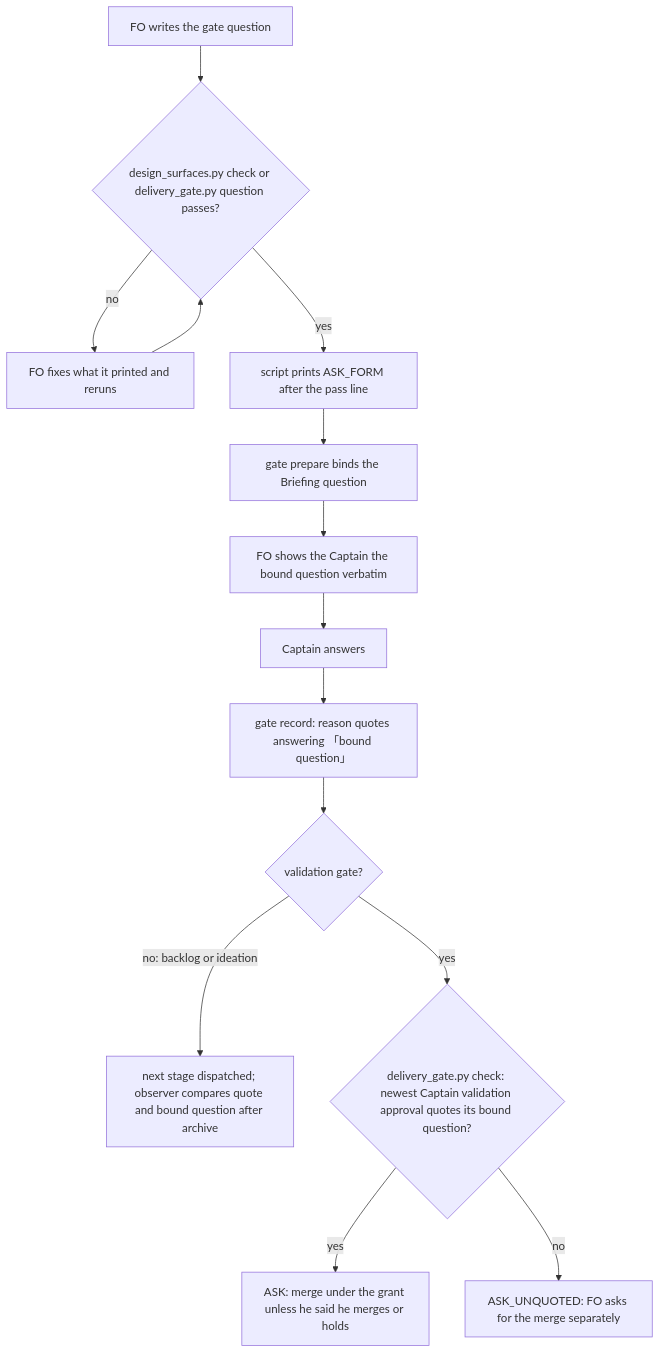
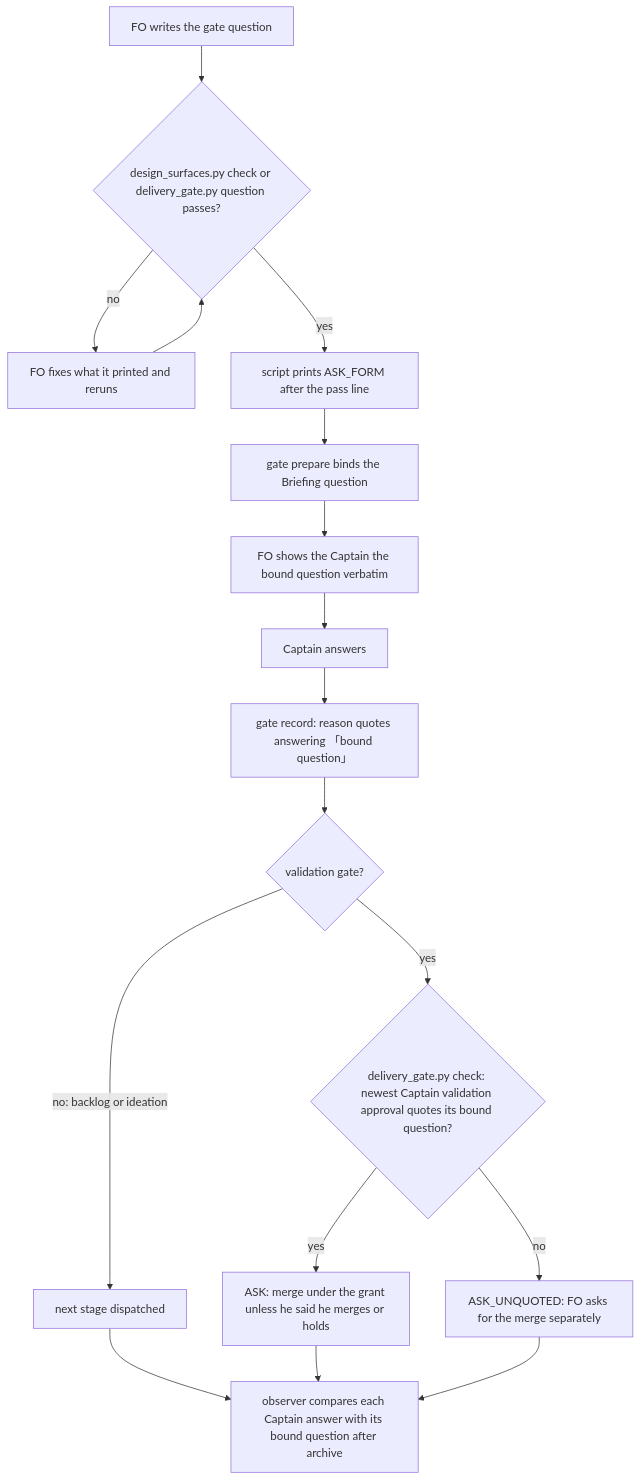
Before and after one commit to iamcxa/kc-claude-plugins: the diagram in gate-presentation-asks-one-thing-plainly.md, drawn with Mermaid. The commit also changed other lines of this file, not shown here.

Commit message:
ideation: gate-presentation-asks-one-thing-plainly align observer scope, status condition, bracket form

````diff
--- a/gate-presentation-asks-one-thing-plainly.md
+++ b/gate-presentation-asks-one-thing-plainly.md
@@ -111,16 +112,19 @@
 ```mermaid
 flowchart TD
   W[FO writes the gate question] --> C{design_surfaces.py check or delivery_gate.py question passes?}
   C -->|no| F[FO fixes what it printed and reruns]
   F --> C
   C -->|yes| R[script prints ASK_FORM after the pass line]
   R --> P[gate prepare binds the Briefing question]
   P --> S[FO shows the Captain the bound question verbatim]
   S --> A[Captain answers]
   A --> G[gate record: reason quotes answering 「bound question」]
   G --> V{validation gate?}
-  V -->|no: backlog or ideation| D[next stage dispatched; observer compares quote and bound question after archive]
+  V -->|no: backlog or ideation| D[next stage dispatched]
+  D --> O[observer compares each Captain answer with its bound question after archive]
+  M --> O
+  Q --> O
   V -->|yes| K{delivery_gate.py check: newest Captain validation approval quotes its bound question?}
   K -->|yes| M[ASK: merge under the grant unless he said he merges or holds]
   K -->|no| Q[ASK_UNQUOTED: FO asks for the merge separately]
 ```
````
